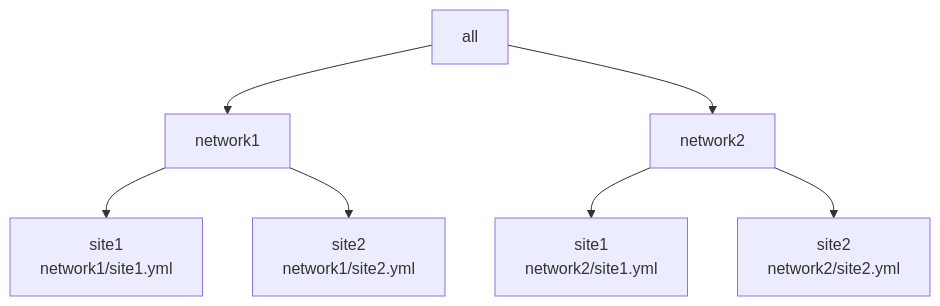
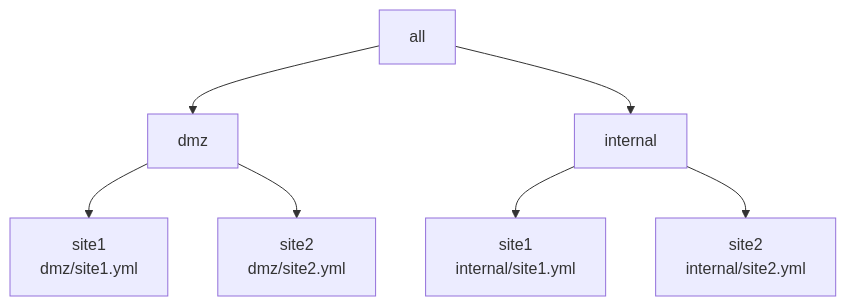
Before and after one commit to lj020326/Ansible-inventory-file-examples: the first of 2 diagrams in tests/ansible-multiple-yaml-inventories/example4/README.md, drawn with Mermaid. The commit also changed other lines of this file, not shown here.

````diff
--- a/tests/ansible-multiple-yaml-inventories/example4/README.md
+++ b/tests/ansible-multiple-yaml-inventories/example4/README.md
@@ -28,9 +28,9 @@
 ```mermaid
 graph TD;
-    A[all] --> B[network1]
-    A[all] --> C[network2]
-    B --> D["site1<br>network1/site1.yml"]
-    B --> E["site2<br>network1/site2.yml"]
-    C --> F["site1<br>network2/site1.yml"]
-    C --> G["site2<br>network2/site2.yml"]
+    A[all] --> B[dmz]
+    A[all] --> C[internal]
+    B --> D["site1<br>dmz/site1.yml"]
+    B --> E["site2<br>dmz/site2.yml"]
+    C --> F["site1<br>internal/site1.yml"]
+    C --> G["site2<br>internal/site2.yml"]
 ```
````
